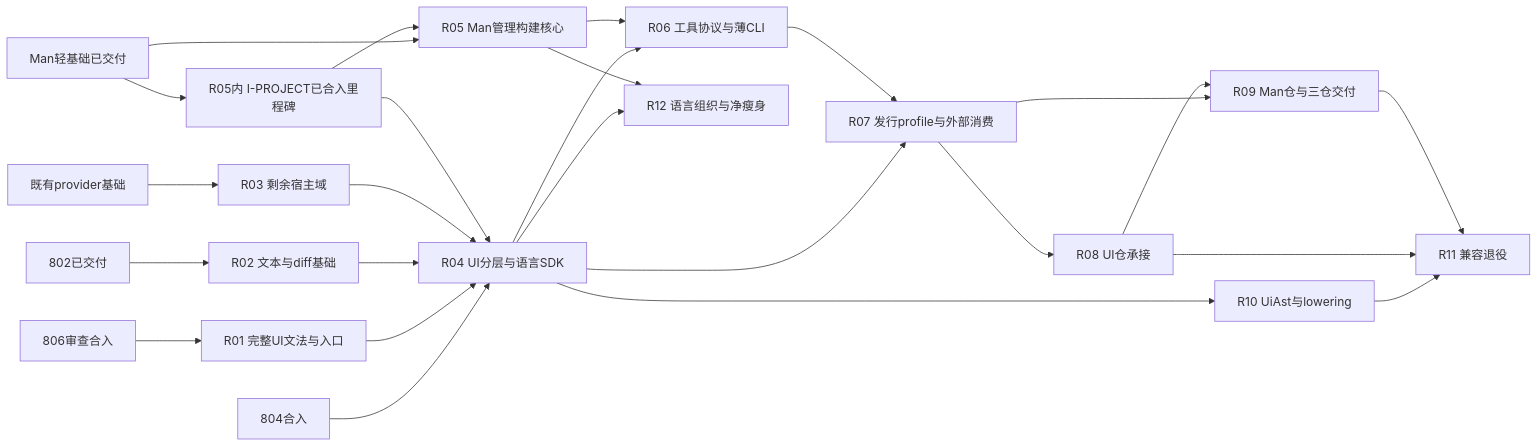
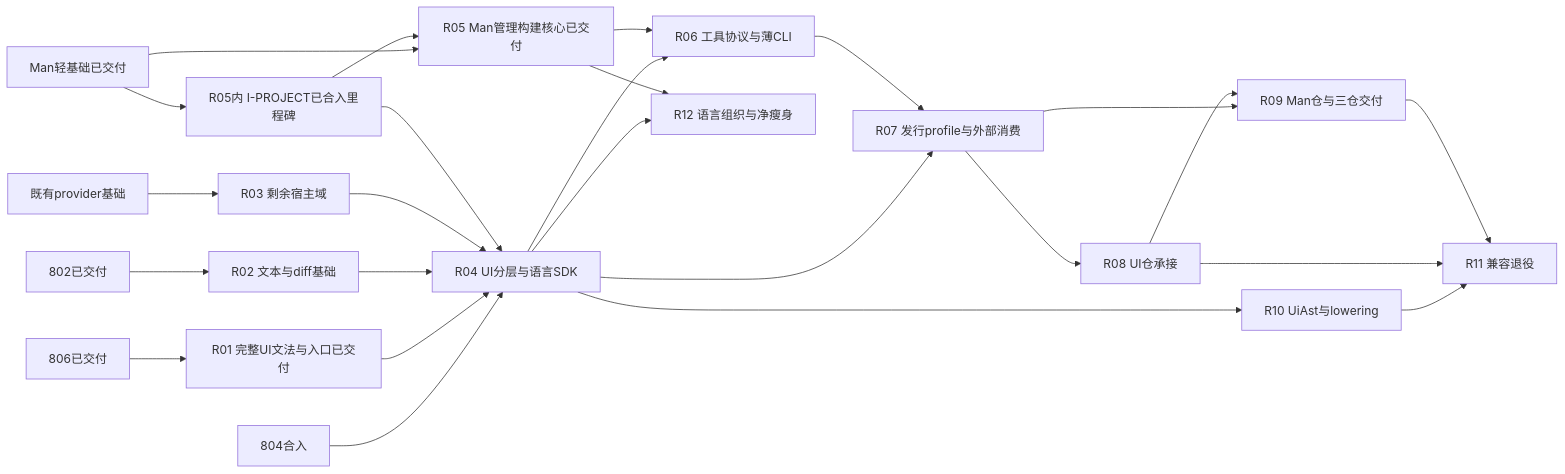
The diagram in docs/plans/reports/v06-extraction-execution-roadmap.md (auto-stack/auto-lang), drawn with Mermaid before and after one commit. The commit also changed other lines of this file and 8 other files, not shown here.

````diff
--- a/docs/plans/reports/v06-extraction-execution-roadmap.md
+++ b/docs/plans/reports/v06-extraction-execution-roadmap.md
@@ -92,27 +92,27 @@
 ```mermaid
 flowchart LR
-    P806[806审查合入] --> R01[ R01 完整UI文法与入口 ]
+    P806[806已交付] --> R01[ R01 完整UI文法与入口已交付 ]
     P802[802已交付] --> R02[ R02 文本与diff基础 ]
     Base[既有provider基础] --> R03[ R03 剩余宿主域 ]
     P804[804合入] --> R04[ R04 UI分层与语言SDK ]
     R01 --> R04
     R02 --> R04
     R03 --> R04
-    ManBase[Man轻基础已交付] --> R05[ R05 Man管理构建核心 ]
+    ManBase[Man轻基础已交付] --> R05[ R05 Man管理构建核心已交付 ]
     ManBase --> IP[ R05内 I-PROJECT已合入里程碑 ]
     IP --> R04
     IP --> R05
     R04 --> R06[ R06 工具协议与薄CLI ]
     R05 --> R06
     R04 --> R07[ R07 发行profile与外部消费 ]
     R06 --> R07
     R07 --> R08[ R08 UI仓承接 ]
     R07 --> R09[ R09 Man仓与三仓交付 ]
     R08 --> R09
     R04 --> R10[ R10 UiAst与lowering ]
     R10 --> R11[ R11 兼容退役 ]
     R08 --> R11
     R09 --> R11
     R04 --> R12[ R12 语言组织与净瘦身 ]
     R05 --> R12
 ```
````
